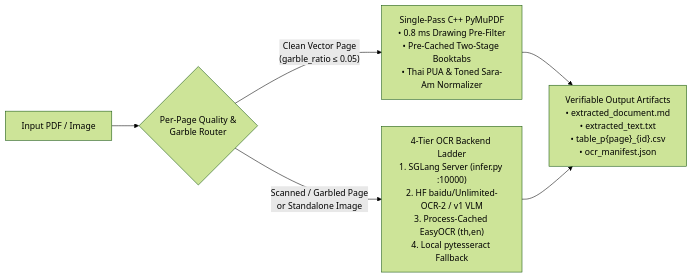
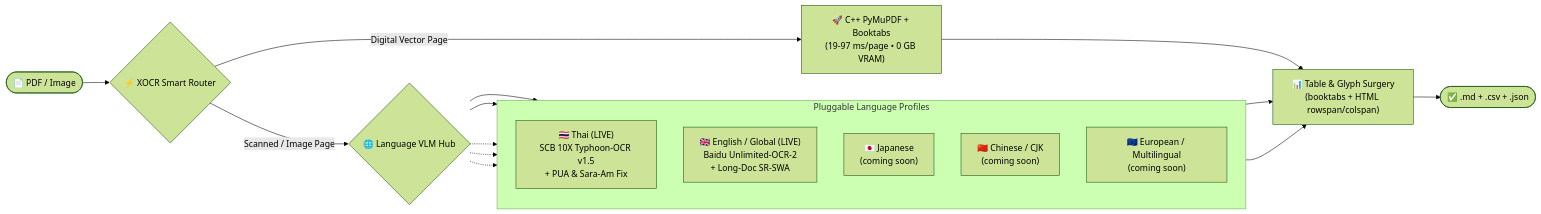
Before and after one commit to iscvlab/xocr: the second of 5 diagrams in README.md, drawn with Mermaid (forest theme). The commit also changed other lines of this file and 10 other files, not shown here.

Commit message:
feat(v2.1.0): add TL;DR horizontal bar comparison, pluggable language VLM hub diagram, ThaiOCRBench + 62p PDF benchmarks & HTML table auto-flush fixes

````diff
--- a/README.md
+++ b/README.md
@@ -27,8 +49,23 @@
 ```mermaid
 flowchart LR
-    In["Input PDF / Image"] --> Route{"Per-Page Quality &<br>Garble Router"}
-    Route -->|"Clean Vector Page<br>(garble_ratio ≤ 0.05)"| Fast["Single-Pass C++ PyMuPDF<br>• 0.8 ms Drawing Pre-Filter<br>• Pre-Cached Two-Stage Booktabs<br>• Thai PUA & Toned Sara-Am Normalizer"]
-    Route -->|"Scanned / Garbled Page<br>or Standalone Image"| Ladder["4-Tier OCR Backend Ladder<br>1. SGLang Server (infer.py :10000)<br>2. HF baidu/Unlimited-OCR-2 / v1 VLM<br>3. Process-Cached EasyOCR (th,en)<br>4. Local pytesseract Fallback"]
-    Fast --> Out["Verifiable Output Artifacts<br>• extracted_document.md<br>• extracted_text.txt<br>• table_p{page}_{id}.csv<br>• ocr_manifest.json"]
-    Ladder --> Out
+    In(["📄 PDF / Image"]) --> Router{"⚡ XOCR Smart Router"}
+
+    Router -->|"Digital Vector Page"| Fast["🚀 C++ PyMuPDF + Booktabs<br/>(19-97 ms/page • 0 GB VRAM)"]
+    Router -->|"Scanned / Image Page"| Hub{"🌐 Language VLM Hub"}
+
+    subgraph Packs["Pluggable Language Profiles"]
+        direction TB
+        TH["🇹🇭 Thai (LIVE)<br/>SCB 10X Typhoon-OCR v1.5<br/>+ PUA & Sara-Am Fix"]
+        EN["🇬🇧 English / Global (LIVE)<br/>Baidu Unlimited-OCR-2<br/>+ Long-Doc SR-SWA"]
+        JP["🇯🇵 Japanese<br/>(coming soon)"]
+        ZH["🇨🇳 Chinese / CJK<br/>(coming soon)"]
+        EU["🇪🇺 European / Multilingual<br/>(coming soon)"]
+    end
+
+    Hub --> TH & EN
+    Hub -.-> JP & ZH & EU
+
+    Fast --> Surgery["📊 Table & Glyph Surgery<br/>(booktabs + HTML rowspan/colspan)"]
+    TH & EN --> Surgery
+    Surgery --> Out(["✅ .md + .csv + .json"])
 ```
````
